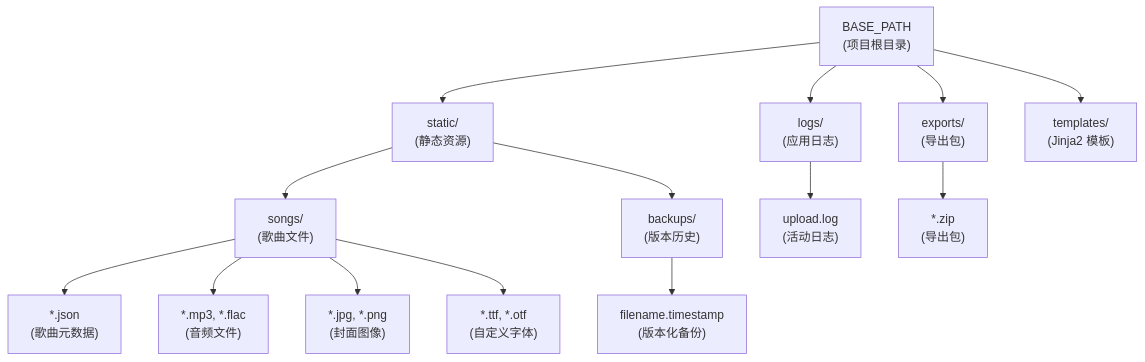
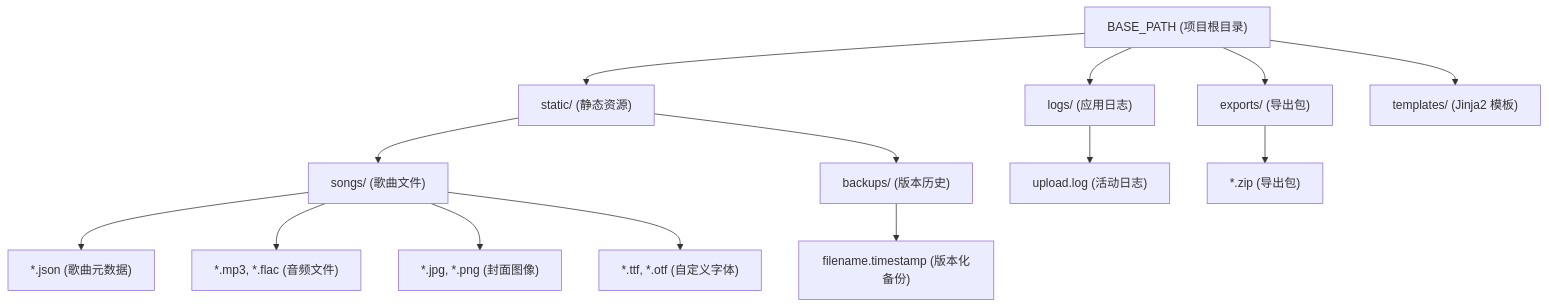
Before and after one commit to HKLHaoBin/LyricSphere: diagram 24 of 44 in README.md, drawn with Mermaid. The commit also changed other lines of this file, not shown here.

Commit message:
docs: 更新README中的流程图文本格式

````diff
--- a/README.md
+++ b/README.md
@@ -2311,31 +2311,31 @@
 ```mermaid
 flowchart TD
-    BASE_PATH["BASE_PATH\n(项目根目录)"]
-    STATIC["static/\n(静态资源)"]
-    SONGS["songs/\n(歌曲文件)"]
-    BACKUPS["backups/\n(版本历史)"]
-    LOGS["logs/\n(应用日志)"]
-    EXPORTS["exports/\n(导出包)"]
-    TEMPLATES["templates/\n(Jinja2 模板)"]
-    SongJSON["*.json\n(歌曲元数据)"]
-    Audio["*.mp3, *.flac\n(音频文件)"]
-    Images["*.jpg, *.png\n(封面图像)"]
-    Fonts["*.ttf, *.otf\n(自定义字体)"]
-    BackupFiles["filename.timestamp\n(版本化备份)"]
-    UploadLog["upload.log\n(活动日志)"]
-    ZipExports["*.zip\n(导出包)"]
+    BASE_PATH["BASE_PATH (项目根目录)"]
+    STATIC["static/ (静态资源)"]
+    SONGS["songs/ (歌曲文件)"]
+    BACKUPS["backups/ (版本历史)"]
+    LOGS["logs/ (应用日志)"]
+    EXPORTS["exports/ (导出包)"]
+    TEMPLATES["templates/ (Jinja2 模板)"]
+    SongJSON["*.json (歌曲元数据)"]
+    Audio["*.mp3, *.flac (音频文件)"]
+    Images["*.jpg, *.png (封面图像)"]
+    Fonts["*.ttf, *.otf (自定义字体)"]
+    BackupFiles["filename.timestamp (版本化备份)"]
+    UploadLog["upload.log (活动日志)"]
+    ZipExports["*.zip (导出包)"]
 
     BASE_PATH --> STATIC
     BASE_PATH --> LOGS
     BASE_PATH --> EXPORTS
     BASE_PATH --> TEMPLATES
     STATIC --> SONGS
     STATIC --> BACKUPS
     SONGS --> SongJSON
     SONGS --> Audio
     SONGS --> Images
     SONGS --> Fonts
     BACKUPS --> BackupFiles
     LOGS --> UploadLog
     EXPORTS --> ZipExports
 ```
````
